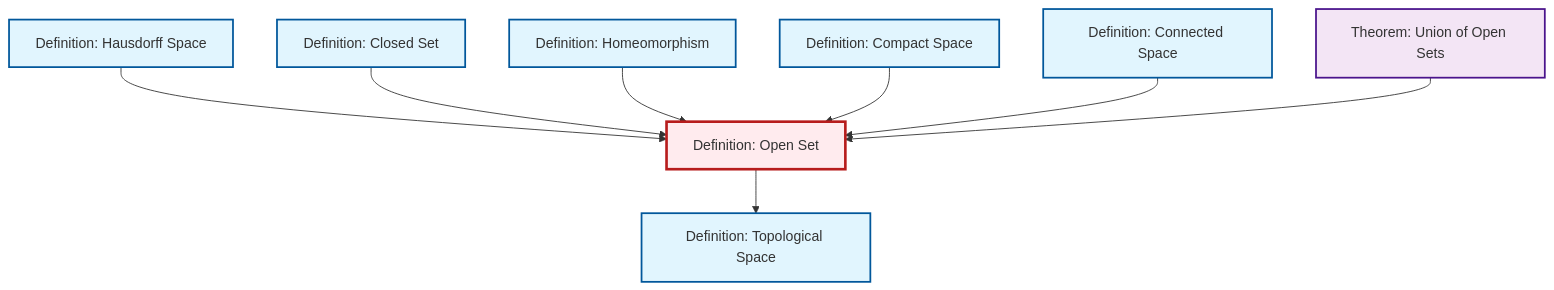
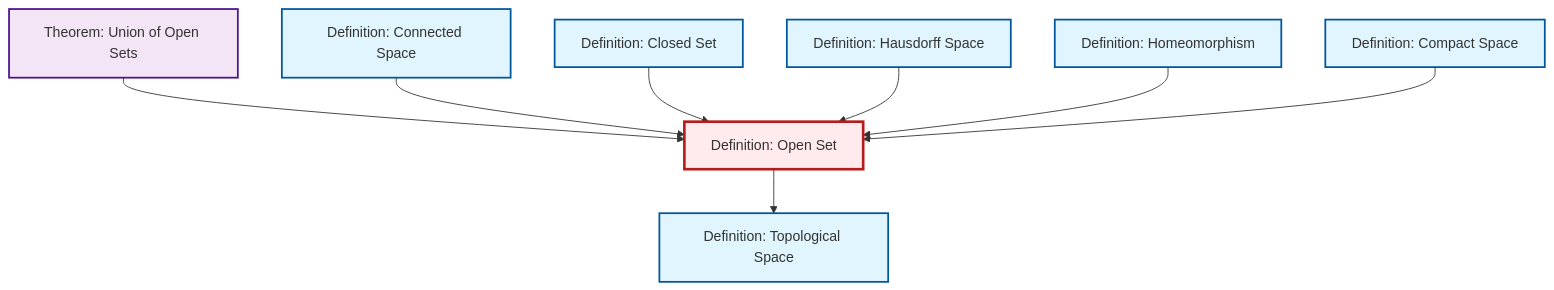
One commit to RK0429/ModernMath changed the diagram in content/en/topology/def-open-set.qmd. Above: the diagram before and after it, drawn with Mermaid. The commit also changed other lines of this file and 497 other files, not shown here.

````diff
--- a/content/en/topology/def-open-set.qmd
+++ b/content/en/topology/def-open-set.qmd
@@ -53,32 +53,32 @@
 ```{mermaid}
 %%| fig-cap: "Local dependency graph"
 graph TD
     classDef definition fill:#e1f5fe,stroke:#01579b,stroke-width:2px
     classDef theorem fill:#f3e5f5,stroke:#4a148c,stroke-width:2px
     classDef axiom fill:#fff3e0,stroke:#e65100,stroke-width:2px
     classDef example fill:#e8f5e9,stroke:#1b5e20,stroke-width:2px
     classDef current fill:#ffebee,stroke:#b71c1c,stroke-width:3px
-    def-open-set["Definition: Open Set"]:::definition
-    def-topological-space["Definition: Topological Space"]:::definition
-    def-closed-set["Definition: Closed Set"]:::definition
     def-hausdorff["Definition: Hausdorff Space"]:::definition
     def-compact["Definition: Compact Space"]:::definition
+    def-closed-set["Definition: Closed Set"]:::definition
     def-homeomorphism["Definition: Homeomorphism"]:::definition
+    def-topological-space["Definition: Topological Space"]:::definition
+    thm-union-open-sets["Theorem: Union of Open Sets"]:::theorem
     def-connected["Definition: Connected Space"]:::definition
-    thm-union-open-sets["Theorem: Union of Open Sets"]:::theorem
+    def-open-set["Definition: Open Set"]:::definition
+    thm-union-open-sets --> def-open-set
+    def-connected --> def-open-set
+    def-closed-set --> def-open-set
+    def-open-set --> def-topological-space
     def-hausdorff --> def-open-set
-    def-closed-set --> def-open-set
     def-homeomorphism --> def-open-set
     def-compact --> def-open-set
-    def-open-set --> def-topological-space
-    def-connected --> def-open-set
-    thm-union-open-sets --> def-open-set
     class def-open-set current
-    click def-topological-space "def-topological-space.html" "Go to Topological Space definition"
-    click def-closed-set "def-closed-set.html" "Go to Closed Set definition"
     click def-hausdorff "def-hausdorff.html" "Go to Hausdorff Space definition"
     click def-compact "def-compact.html" "Go to Compact Space definition"
+    click def-closed-set "def-closed-set.html" "Go to Closed Set definition"
     click def-homeomorphism "def-homeomorphism.html" "Go to Homeomorphism definition"
+    click def-topological-space "def-topological-space.html" "Go to Topological Space definition"
+    click thm-union-open-sets "thm-union-open-sets.html" "Go to Union of Open Sets theorem"
     click def-connected "def-connected.html" "Go to Connected Space definition"
-    click thm-union-open-sets "thm-union-open-sets.html" "Go to Union of Open Sets theorem"
 ```
````
